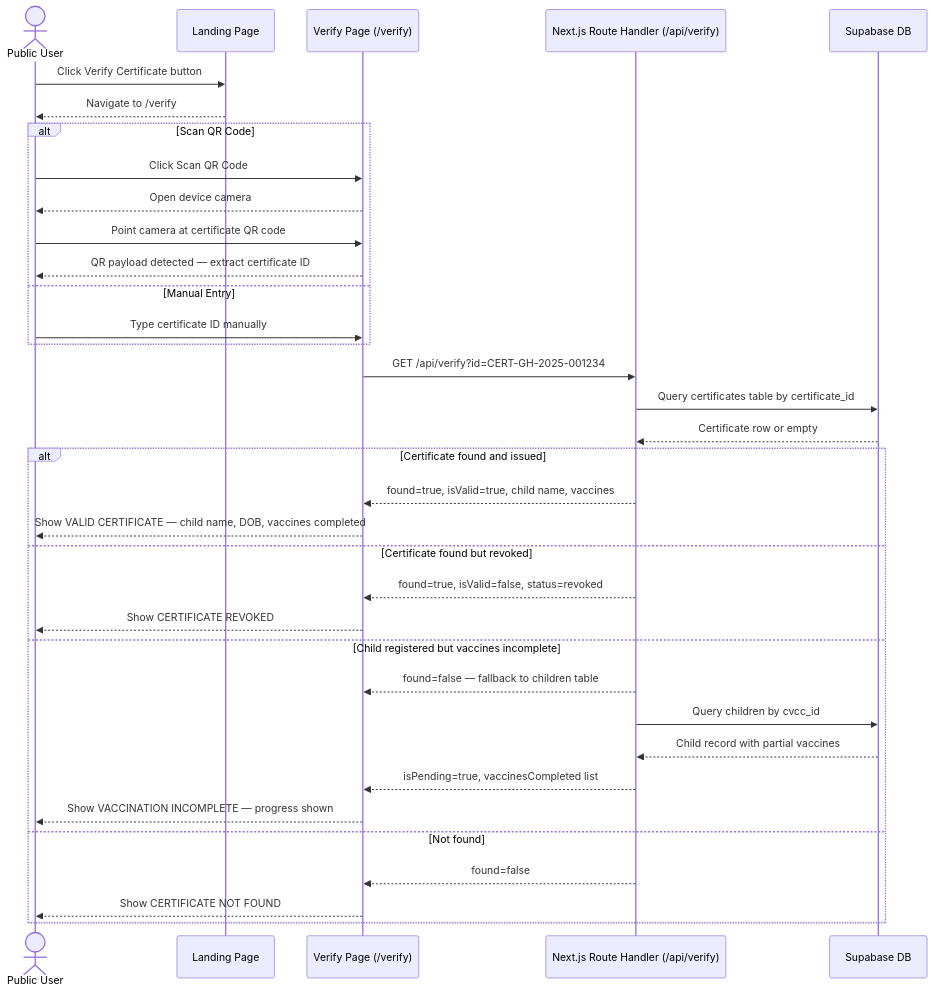
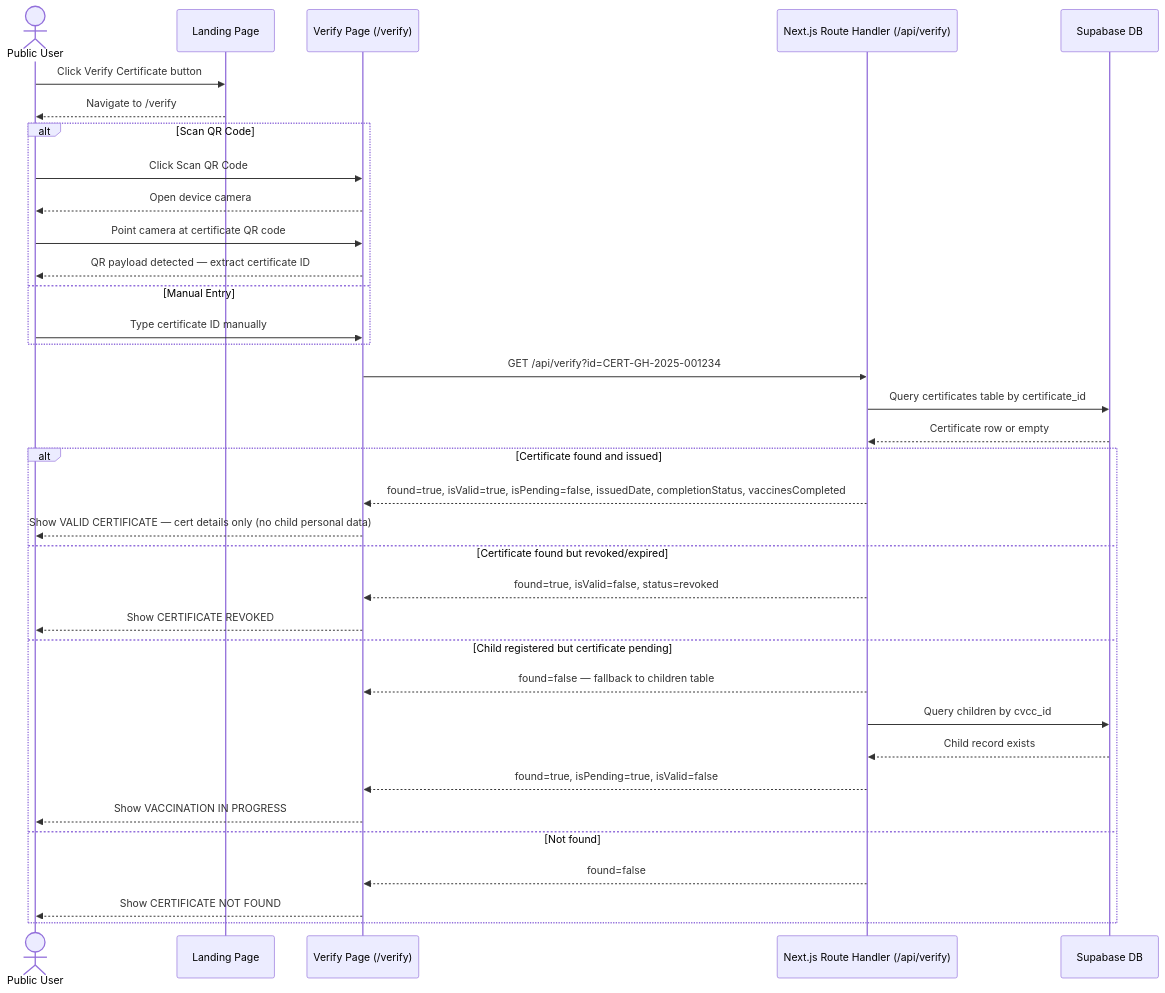
One commit to Juny-max/child-vaccination-system changed the ninth of 13 diagrams in docs/CHAPTER-4-DIAGRAMS.md. Above: the diagram before and after it, drawn with Mermaid. The commit also changed other lines of this file and 67 other files, not shown here.

Commit message:
docs: add chapter 4 diagram export pack and improve use-case layout

````diff
--- a/docs/CHAPTER-4-DIAGRAMS.md
+++ b/docs/CHAPTER-4-DIAGRAMS.md
@@ -308,41 +340,41 @@
 ```mermaid
 sequenceDiagram
   actor P as Public User
   participant LP as Landing Page
   participant VP as Verify Page (/verify)
   participant NR as Next.js Route Handler (/api/verify)
   participant DB as Supabase DB
 
   P->>LP: Click Verify Certificate button
   LP-->>P: Navigate to /verify
 
   alt Scan QR Code
     P->>VP: Click Scan QR Code
     VP-->>P: Open device camera
     P->>VP: Point camera at certificate QR code
     VP-->>P: QR payload detected — extract certificate ID
   else Manual Entry
     P->>VP: Type certificate ID manually
   end
 
   VP->>NR: GET /api/verify?id=CERT-GH-2025-001234
   NR->>DB: Query certificates table by certificate_id
   DB-->>NR: Certificate row or empty
 
   alt Certificate found and issued
-    NR-->>VP: found=true, isValid=true, child name, vaccines
-    VP-->>P: Show VALID CERTIFICATE — child name, DOB, vaccines completed
-  else Certificate found but revoked
+    NR-->>VP: found=true, isValid=true, isPending=false, issuedDate, completionStatus, vaccinesCompleted
+    VP-->>P: Show VALID CERTIFICATE — cert details only (no child personal data)
+  else Certificate found but revoked/expired
     NR-->>VP: found=true, isValid=false, status=revoked
     VP-->>P: Show CERTIFICATE REVOKED
-  else Child registered but vaccines incomplete
+  else Child registered but certificate pending
     NR-->>VP: found=false — fallback to children table
     NR->>DB: Query children by cvcc_id
-    DB-->>NR: Child record with partial vaccines
-    NR-->>VP: isPending=true, vaccinesCompleted list
-    VP-->>P: Show VACCINATION INCOMPLETE — progress shown
+    DB-->>NR: Child record exists
+    NR-->>VP: found=true, isPending=true, isValid=false
+    VP-->>P: Show VACCINATION IN PROGRESS
   else Not found
     NR-->>VP: found=false
     VP-->>P: Show CERTIFICATE NOT FOUND
   end
 ```
````
